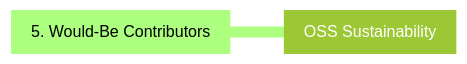
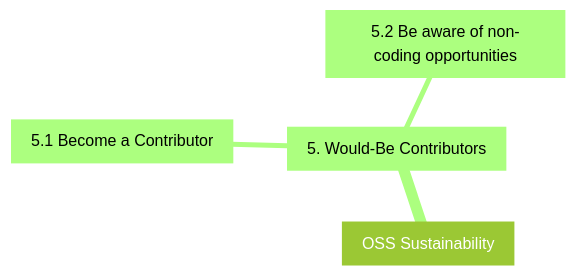
Before and after one commit to AWiderDotNET/home: the fifth of 7 diagrams in README.md, drawn with Mermaid (forest theme). The commit also changed other lines of this file, not shown here.

````diff
--- a/README.md
+++ b/README.md
@@ -64,5 +72,7 @@
 ```mermaid
 mindmap
   root[OSS Sustainability]
     5[5. Would-Be Contributors]
+      5.1[5.1 Become a Contributor]
+      5.2[5.2 Be aware of non-coding opportunities]
 ```
````
